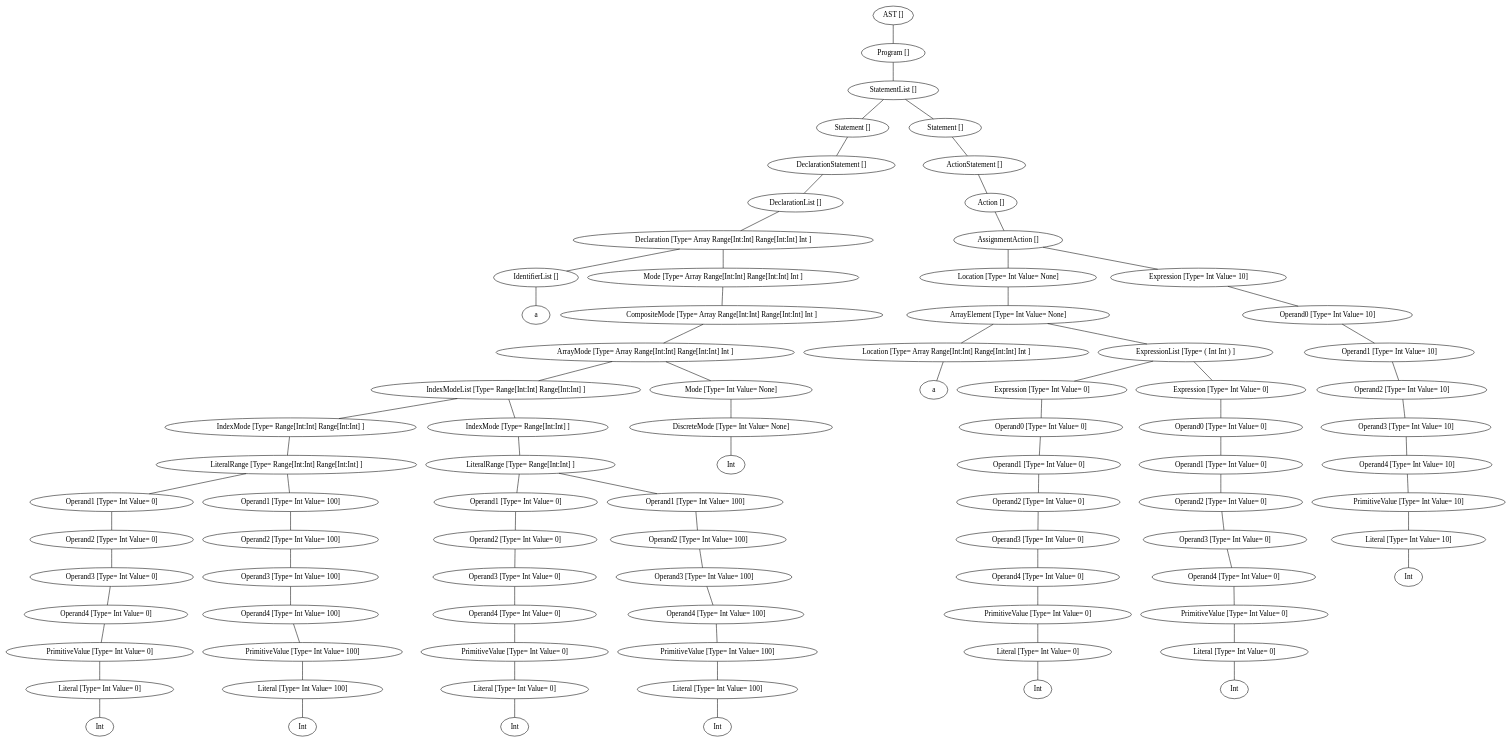
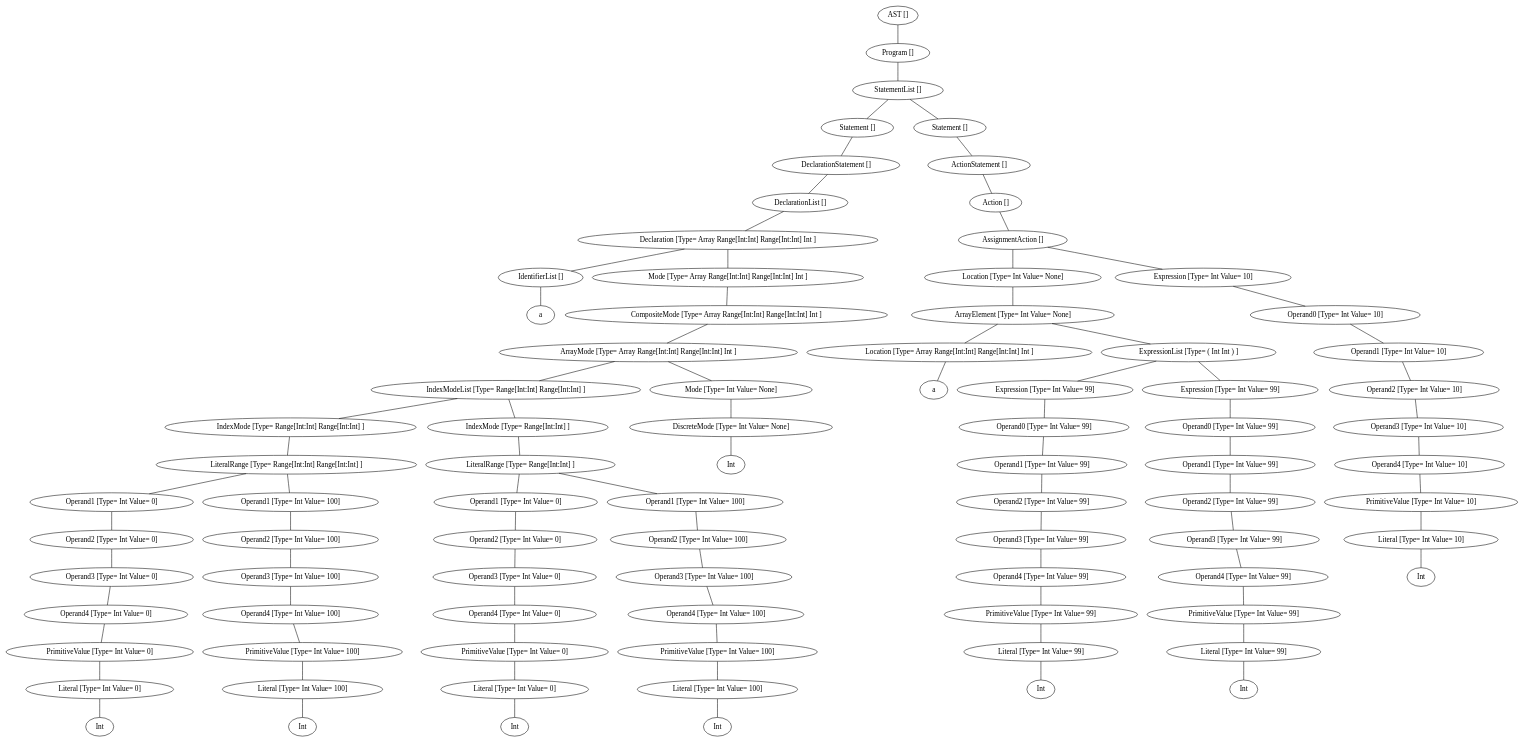
The diagram in Example1.lya.dot (luisfelipehsr/NotACompiler), drawn with Graphviz before and after one commit. The commit also changed 3 other files, not shown here.

```diff
--- a/Example1.lya.dot
+++ b/Example1.lya.dot
@@ -1,242 +1,242 @@
 graph G {
-46275328 [label="AST []"];
-46275160 [label="AST None"];
-46275328 -- 46275160;
-46275160 [label="Program []"];
-50800568 [label="Program None"];
-46275160 -- 50800568;
-50800568 [label="StatementList []"];
-46275216 [label="StatementList None"];
-50800568 -- 46275216;
-46275216 [label="Statement []"];
-46583200 [label="Statement None"];
-46275216 -- 46583200;
-46583200 [label="DeclarationStatement []"];
-46275440 [label="DeclarationStatement None"];
-46583200 -- 46275440;
-46275440 [label="DeclarationList []"];
-46583648 [label="DeclarationList None"];
-46275440 -- 46583648;
-46583648 [label="Declaration [Type= Array Range[Int:Int] Range[Int:Int] Int ]"];
-46274936 [label="Declaration Array Range[Int:Int] Range[Int:Int] Int"];
-46583648 -- 46274936;
-46274936 [label="IdentifierList []"];
-12015573397216320174 [label=a];
-46274936 -- 12015573397216320174;
-46581968 [label="Declaration Array Range[Int:Int] Range[Int:Int] Int"];
-46583648 -- 46581968;
-46581968 [label="Mode [Type= Array Range[Int:Int] Range[Int:Int] Int ]"];
-46275496 [label="Mode Array Range[Int:Int] Range[Int:Int] Int"];
-46581968 -- 46275496;
-46275496 [label="CompositeMode [Type= Array Range[Int:Int] Range[Int:Int] Int ]"];
-50798832 [label="CompositeMode Array Range[Int:Int] Range[Int:Int] Int"];
-46275496 -- 50798832;
-50798832 [label="ArrayMode [Type= Array Range[Int:Int] Range[Int:Int] Int ]"];
-50798888 [label="ArrayMode Array Range[Int:Int] Range[Int:Int] Int"];
-50798832 -- 50798888;
-50798888 [label="IndexModeList [Type= Range[Int:Int] Range[Int:Int] ]"];
-46582416 [label="IndexModeList Range[Int:Int] Range[Int:Int]"];
-50798888 -- 46582416;
-46582416 [label="IndexMode [Type= Range[Int:Int] Range[Int:Int] ]"];
-46582864 [label="IndexMode Range[Int:Int] Range[Int:Int]"];
-46582416 -- 46582864;
-46582864 [label="LiteralRange [Type= Range[Int:Int] Range[Int:Int] ]"];
-46582304 [label="LiteralRange Range[Int:Int] Range[Int:Int]"];
-46582864 -- 46582304;
-46582304 [label="Operand1 [Type= Int Value= 0]"];
-46582248 [label="Operand1 Int"];
-46582304 -- 46582248;
-46582248 [label="Operand2 [Type= Int Value= 0]"];
-46582192 [label="Operand2 Int"];
-46582248 -- 46582192;
-46582192 [label="Operand3 [Type= Int Value= 0]"];
-46581912 [label="Operand3 Int"];
-46582192 -- 46581912;
-46581912 [label="Operand4 [Type= Int Value= 0]"];
-46582024 [label="Operand4 Int"];
-46581912 -- 46582024;
-46582024 [label="PrimitiveValue [Type= Int Value= 0]"];
-46274992 [label="PrimitiveValue Int"];
-46582024 -- 46274992;
-46274992 [label="Literal [Type= Int Value= 0]"];
-9924365393510686584 [label=Int];
-46274992 -- 9924365393510686584;
-46582808 [label="LiteralRange Range[Int:Int] Range[Int:Int]"];
-46582864 -- 46582808;
-46582808 [label="Operand1 [Type= Int Value= 100]"];
-46582752 [label="Operand1 Int"];
-46582808 -- 46582752;
-46582752 [label="Operand2 [Type= Int Value= 100]"];
-46582696 [label="Operand2 Int"];
-46582752 -- 46582696;
-46582696 [label="Operand3 [Type= Int Value= 100]"];
-46582472 [label="Operand3 Int"];
-46582696 -- 46582472;
-46582472 [label="Operand4 [Type= Int Value= 100]"];
-46582528 [label="Operand4 Int"];
-46582472 -- 46582528;
-46582528 [label="PrimitiveValue [Type= Int Value= 100]"];
-46582360 [label="PrimitiveValue Int"];
-46582528 -- 46582360;
-46582360 [label="Literal [Type= Int Value= 100]"];
-12066255784584787013 [label=Int];
-46582360 -- 12066255784584787013;
-46583480 [label="IndexModeList Range[Int:Int] Range[Int:Int]"];
-50798888 -- 46583480;
-46583480 [label="IndexMode [Type= Range[Int:Int] ]"];
-50798776 [label="IndexMode Range[Int:Int]"];
-46583480 -- 50798776;
-50798776 [label="LiteralRange [Type= Range[Int:Int] ]"];
-46583368 [label="LiteralRange Range[Int:Int]"];
-50798776 -- 46583368;
-46583368 [label="Operand1 [Type= Int Value= 0]"];
-46583312 [label="Operand1 Int"];
-46583368 -- 46583312;
-46583312 [label="Operand2 [Type= Int Value= 0]"];
-46583256 [label="Operand2 Int"];
-46583312 -- 46583256;
-46583256 [label="Operand3 [Type= Int Value= 0]"];
-46582920 [label="Operand3 Int"];
-46583256 -- 46582920;
-46582920 [label="Operand4 [Type= Int Value= 0]"];
-46583088 [label="Operand4 Int"];
-46582920 -- 46583088;
-46583088 [label="PrimitiveValue [Type= Int Value= 0]"];
-46583032 [label="PrimitiveValue Int"];
-46583088 -- 46583032;
-46583032 [label="Literal [Type= Int Value= 0]"];
-12252952140740680056 [label=Int];
-46583032 -- 12252952140740680056;
-50798720 [label="LiteralRange Range[Int:Int]"];
-50798776 -- 50798720;
-50798720 [label="Operand1 [Type= Int Value= 100]"];
-50798664 [label="Operand1 Int"];
-50798720 -- 50798664;
-50798664 [label="Operand2 [Type= Int Value= 100]"];
-46583760 [label="Operand2 Int"];
-50798664 -- 46583760;
-46583760 [label="Operand3 [Type= Int Value= 100]"];
-46583536 [label="Operand3 Int"];
-46583760 -- 46583536;
-46583536 [label="Operand4 [Type= Int Value= 100]"];
-46583592 [label="Operand4 Int"];
-46583536 -- 46583592;
-46583592 [label="PrimitiveValue [Type= Int Value= 100]"];
-46583424 [label="PrimitiveValue Int"];
-46583592 -- 46583424;
-46583424 [label="Literal [Type= Int Value= 100]"];
-11785207564678429778 [label=Int];
-46583424 -- 11785207564678429778;
-46582584 [label="ArrayMode Array Range[Int:Int] Range[Int:Int] Int"];
-50798832 -- 46582584;
-46582584 [label="Mode [Type= Int Value= None]"];
-46582136 [label="Mode Int"];
-46582584 -- 46582136;
-46582136 [label="DiscreteMode [Type= Int Value= None]"];
-11940944131671853018 [label=Int];
-46582136 -- 11940944131671853018;
-50801016 [label="StatementList None"];
-50800568 -- 50801016;
-50801016 [label="Statement []"];
-50800960 [label="Statement None"];
-50801016 -- 50800960;
-50800960 [label="ActionStatement []"];
-50799672 [label="ActionStatement None"];
-50800960 -- 50799672;
-50799672 [label="Action []"];
-50800848 [label="Action None"];
-50799672 -- 50800848;
-50800848 [label="AssignmentAction []"];
-46582976 [label="AssignmentAction None"];
-50800848 -- 46582976;
-46582976 [label="Location [Type= Int Value= None]"];
-50799784 [label="Location Int"];
-46582976 -- 50799784;
-50799784 [label="ArrayElement [Type= Int Value= None]"];
-50798944 [label="ArrayElement Int"];
-50799784 -- 50798944;
-50798944 [label="Location [Type= Array Range[Int:Int] Range[Int:Int] Int ]"];
-9641236063755932198 [label=a];
-50798944 -- 9641236063755932198;
-50800344 [label="ArrayElement Int"];
-50799784 -- 50800344;
-50800344 [label="ExpressionList [Type= ( Int Int ) ]"];
-50799616 [label="ExpressionList ( Int Int )"];
-50800344 -- 50799616;
-50799616 [label="Expression [Type= Int Value= 0]"];
-50799560 [label="Expression Int"];
-50799616 -- 50799560;
-50799560 [label="Operand0 [Type= Int Value= 0]"];
-50799504 [label="Operand0 Int"];
-50799560 -- 50799504;
-50799504 [label="Operand1 [Type= Int Value= 0]"];
-50799448 [label="Operand1 Int"];
-50799504 -- 50799448;
-50799448 [label="Operand2 [Type= Int Value= 0]"];
-50799392 [label="Operand2 Int"];
-50799448 -- 50799392;
-50799392 [label="Operand3 [Type= Int Value= 0]"];
-50799168 [label="Operand3 Int"];
-50799392 -- 50799168;
-50799168 [label="Operand4 [Type= Int Value= 0]"];
-50799224 [label="Operand4 Int"];
-50799168 -- 50799224;
-50799224 [label="PrimitiveValue [Type= Int Value= 0]"];
-50799000 [label="PrimitiveValue Int"];
-50799224 -- 50799000;
-50799000 [label="Literal [Type= Int Value= 0]"];
-11486666977109084263 [label=Int];
-50799000 -- 11486666977109084263;
-50800288 [label="ExpressionList ( Int Int )"];
-50800344 -- 50800288;
-50800288 [label="Expression [Type= Int Value= 0]"];
-50800232 [label="Expression Int"];
-50800288 -- 50800232;
-50800232 [label="Operand0 [Type= Int Value= 0]"];
-50800176 [label="Operand0 Int"];
-50800232 -- 50800176;
-50800176 [label="Operand1 [Type= Int Value= 0]"];
-50800120 [label="Operand1 Int"];
-50800176 -- 50800120;
-50800120 [label="Operand2 [Type= Int Value= 0]"];
-50800064 [label="Operand2 Int"];
-50800120 -- 50800064;
-50800064 [label="Operand3 [Type= Int Value= 0]"];
-50799840 [label="Operand3 Int"];
-50800064 -- 50799840;
-50799840 [label="Operand4 [Type= Int Value= 0]"];
-50799896 [label="Operand4 Int"];
-50799840 -- 50799896;
-50799896 [label="PrimitiveValue [Type= Int Value= 0]"];
-50799728 [label="PrimitiveValue Int"];
-50799896 -- 50799728;
-50799728 [label="Literal [Type= Int Value= 0]"];
-13466928624671260917 [label=Int];
-50799728 -- 13466928624671260917;
-50800792 [label="AssignmentAction None"];
-50800848 -- 50800792;
-50800792 [label="Expression [Type= Int Value= 10]"];
-50800736 [label="Expression Int"];
-50800792 -- 50800736;
-50800736 [label="Operand0 [Type= Int Value= 10]"];
-50800680 [label="Operand0 Int"];
-50800736 -- 50800680;
-50800680 [label="Operand1 [Type= Int Value= 10]"];
-50800624 [label="Operand1 Int"];
-50800680 -- 50800624;
-50800624 [label="Operand2 [Type= Int Value= 10]"];
-50800400 [label="Operand2 Int"];
-50800624 -- 50800400;
-50800400 [label="Operand3 [Type= Int Value= 10]"];
-50799056 [label="Operand3 Int"];
-50800400 -- 50799056;
-50799056 [label="Operand4 [Type= Int Value= 10]"];
-50800456 [label="Operand4 Int"];
-50799056 -- 50800456;
-50800456 [label="PrimitiveValue [Type= Int Value= 10]"];
-50800512 [label="PrimitiveValue Int"];
-50800456 -- 50800512;
-50800512 [label="Literal [Type= Int Value= 10]"];
-12231670688005315269 [label=Int];
-50800512 -- 12231670688005315269;
+46143080 [label="AST []"];
+46142856 [label="AST None"];
+46143080 -- 46142856;
+46142856 [label="Program []"];
+46478224 [label="Program None"];
+46142856 -- 46478224;
+46478224 [label="StatementList []"];
+46142800 [label="StatementList None"];
+46478224 -- 46142800;
+46142800 [label="Statement []"];
+46445736 [label="Statement None"];
+46142800 -- 46445736;
+46445736 [label="DeclarationStatement []"];
+46143360 [label="DeclarationStatement None"];
+46445736 -- 46143360;
+46143360 [label="DeclarationList []"];
+46447864 [label="DeclarationList None"];
+46143360 -- 46447864;
+46447864 [label="Declaration [Type= Array Range[Int:Int] Range[Int:Int] Int ]"];
+46143416 [label="Declaration Array Range[Int:Int] Range[Int:Int] Int"];
+46447864 -- 46143416;
+46143416 [label="IdentifierList []"];
+9336598757706424222 [label=a];
+46143416 -- 9336598757706424222;
+46446352 [label="Declaration Array Range[Int:Int] Range[Int:Int] Int"];
+46447864 -- 46446352;
+46446352 [label="Mode [Type= Array Range[Int:Int] Range[Int:Int] Int ]"];
+46143024 [label="Mode Array Range[Int:Int] Range[Int:Int] Int"];
+46446352 -- 46143024;
+46143024 [label="CompositeMode [Type= Array Range[Int:Int] Range[Int:Int] Int ]"];
+46447752 [label="CompositeMode Array Range[Int:Int] Range[Int:Int] Int"];
+46143024 -- 46447752;
+46447752 [label="ArrayMode [Type= Array Range[Int:Int] Range[Int:Int] Int ]"];
+46447808 [label="ArrayMode Array Range[Int:Int] Range[Int:Int] Int"];
+46447752 -- 46447808;
+46447808 [label="IndexModeList [Type= Range[Int:Int] Range[Int:Int] ]"];
+46446184 [label="IndexModeList Range[Int:Int] Range[Int:Int]"];
+46447808 -- 46446184;
+46446184 [label="IndexMode [Type= Range[Int:Int] Range[Int:Int] ]"];
+46446632 [label="IndexMode Range[Int:Int] Range[Int:Int]"];
+46446184 -- 46446632;
+46446632 [label="LiteralRange [Type= Range[Int:Int] Range[Int:Int] ]"];
+46446072 [label="LiteralRange Range[Int:Int] Range[Int:Int]"];
+46446632 -- 46446072;
+46446072 [label="Operand1 [Type= Int Value= 0]"];
+46446016 [label="Operand1 Int"];
+46446072 -- 46446016;
+46446016 [label="Operand2 [Type= Int Value= 0]"];
+46445960 [label="Operand2 Int"];
+46446016 -- 46445960;
+46445960 [label="Operand3 [Type= Int Value= 0]"];
+46445680 [label="Operand3 Int"];
+46445960 -- 46445680;
+46445680 [label="Operand4 [Type= Int Value= 0]"];
+46445792 [label="Operand4 Int"];
+46445680 -- 46445792;
+46445792 [label="PrimitiveValue [Type= Int Value= 0]"];
+46143528 [label="PrimitiveValue Int"];
+46445792 -- 46143528;
+46143528 [label="Literal [Type= Int Value= 0]"];
+11122612322602430065 [label=Int];
+46143528 -- 11122612322602430065;
+46446576 [label="LiteralRange Range[Int:Int] Range[Int:Int]"];
+46446632 -- 46446576;
+46446576 [label="Operand1 [Type= Int Value= 100]"];
+46446520 [label="Operand1 Int"];
+46446576 -- 46446520;
+46446520 [label="Operand2 [Type= Int Value= 100]"];
+46446464 [label="Operand2 Int"];
+46446520 -- 46446464;
+46446464 [label="Operand3 [Type= Int Value= 100]"];
+46446240 [label="Operand3 Int"];
+46446464 -- 46446240;
+46446240 [label="Operand4 [Type= Int Value= 100]"];
+46446296 [label="Operand4 Int"];
+46446240 -- 46446296;
+46446296 [label="PrimitiveValue [Type= Int Value= 100]"];
+46446128 [label="PrimitiveValue Int"];
+46446296 -- 46446128;
+46446128 [label="Literal [Type= Int Value= 100]"];
+12013614695453908824 [label=Int];
+46446128 -- 12013614695453908824;
+46447248 [label="IndexModeList Range[Int:Int] Range[Int:Int]"];
+46447808 -- 46447248;
+46447248 [label="IndexMode [Type= Range[Int:Int] ]"];
+46447696 [label="IndexMode Range[Int:Int]"];
+46447248 -- 46447696;
+46447696 [label="LiteralRange [Type= Range[Int:Int] ]"];
+46447136 [label="LiteralRange Range[Int:Int]"];
+46447696 -- 46447136;
+46447136 [label="Operand1 [Type= Int Value= 0]"];
+46447080 [label="Operand1 Int"];
+46447136 -- 46447080;
+46447080 [label="Operand2 [Type= Int Value= 0]"];
+46447024 [label="Operand2 Int"];
+46447080 -- 46447024;
+46447024 [label="Operand3 [Type= Int Value= 0]"];
+46446688 [label="Operand3 Int"];
+46447024 -- 46446688;
+46446688 [label="Operand4 [Type= Int Value= 0]"];
+46446856 [label="Operand4 Int"];
+46446688 -- 46446856;
+46446856 [label="PrimitiveValue [Type= Int Value= 0]"];
+46446800 [label="PrimitiveValue Int"];
+46446856 -- 46446800;
+46446800 [label="Literal [Type= Int Value= 0]"];
+10534027033797457135 [label=Int];
+46446800 -- 10534027033797457135;
+46447640 [label="LiteralRange Range[Int:Int]"];
+46447696 -- 46447640;
+46447640 [label="Operand1 [Type= Int Value= 100]"];
+46447584 [label="Operand1 Int"];
+46447640 -- 46447584;
+46447584 [label="Operand2 [Type= Int Value= 100]"];
+46447528 [label="Operand2 Int"];
+46447584 -- 46447528;
+46447528 [label="Operand3 [Type= Int Value= 100]"];
+46447304 [label="Operand3 Int"];
+46447528 -- 46447304;
+46447304 [label="Operand4 [Type= Int Value= 100]"];
+46447360 [label="Operand4 Int"];
+46447304 -- 46447360;
+46447360 [label="PrimitiveValue [Type= Int Value= 100]"];
+46447192 [label="PrimitiveValue Int"];
+46447360 -- 46447192;
+46447192 [label="Literal [Type= Int Value= 100]"];
+9450556265665325002 [label=Int];
+46447192 -- 9450556265665325002;
+46447920 [label="ArrayMode Array Range[Int:Int] Range[Int:Int] Int"];
+46447752 -- 46447920;
+46447920 [label="Mode [Type= Int Value= None]"];
+46445904 [label="Mode Int"];
+46447920 -- 46445904;
+46445904 [label="DiscreteMode [Type= Int Value= None]"];
+13232333300851616550 [label=Int];
+46445904 -- 13232333300851616550;
+46478672 [label="StatementList None"];
+46478224 -- 46478672;
+46478672 [label="Statement []"];
+46478616 [label="Statement None"];
+46478672 -- 46478616;
+46478616 [label="ActionStatement []"];
+46448200 [label="ActionStatement None"];
+46478616 -- 46448200;
+46448200 [label="Action []"];
+46478504 [label="Action None"];
+46448200 -- 46478504;
+46478504 [label="AssignmentAction []"];
+46446968 [label="AssignmentAction None"];
+46478504 -- 46446968;
+46446968 [label="Location [Type= Int Value= None]"];
+46448592 [label="Location Int"];
+46446968 -- 46448592;
+46448592 [label="ArrayElement [Type= Int Value= None]"];
+46447416 [label="ArrayElement Int"];
+46448592 -- 46447416;
+46447416 [label="Location [Type= Array Range[Int:Int] Range[Int:Int] Int ]"];
+12523024719402030714 [label=a];
+46447416 -- 12523024719402030714;
+46478000 [label="ArrayElement Int"];
+46448592 -- 46478000;
+46478000 [label="ExpressionList [Type= ( Int Int ) ]"];
+46448536 [label="ExpressionList ( Int Int )"];
+46478000 -- 46448536;
+46448536 [label="Expression [Type= Int Value= 99]"];
+46448480 [label="Expression Int"];
+46448536 -- 46448480;
+46448480 [label="Operand0 [Type= Int Value= 99]"];
+46448424 [label="Operand0 Int"];
+46448480 -- 46448424;
+46448424 [label="Operand1 [Type= Int Value= 99]"];
+46448368 [label="Operand1 Int"];
+46448424 -- 46448368;
+46448368 [label="Operand2 [Type= Int Value= 99]"];
+46448312 [label="Operand2 Int"];
+46448368 -- 46448312;
+46448312 [label="Operand3 [Type= Int Value= 99]"];
+46448088 [label="Operand3 Int"];
+46448312 -- 46448088;
+46448088 [label="Operand4 [Type= Int Value= 99]"];
+46448144 [label="Operand4 Int"];
+46448088 -- 46448144;
+46448144 [label="PrimitiveValue [Type= Int Value= 99]"];
+46446744 [label="PrimitiveValue Int"];
+46448144 -- 46446744;
+46446744 [label="Literal [Type= Int Value= 99]"];
+13576068604198964519 [label=Int];
+46446744 -- 13576068604198964519;
+46477944 [label="ExpressionList ( Int Int )"];
+46478000 -- 46477944;
+46477944 [label="Expression [Type= Int Value= 99]"];
+46477888 [label="Expression Int"];
+46477944 -- 46477888;
+46477888 [label="Operand0 [Type= Int Value= 99]"];
+46477832 [label="Operand0 Int"];
+46477888 -- 46477832;
+46477832 [label="Operand1 [Type= Int Value= 99]"];
+46477776 [label="Operand1 Int"];
+46477832 -- 46477776;
+46477776 [label="Operand2 [Type= Int Value= 99]"];
+46477720 [label="Operand2 Int"];
+46477776 -- 46477720;
+46477720 [label="Operand3 [Type= Int Value= 99]"];
+46477496 [label="Operand3 Int"];
+46477720 -- 46477496;
+46477496 [label="Operand4 [Type= Int Value= 99]"];
+46477552 [label="Operand4 Int"];
+46477496 -- 46477552;
+46477552 [label="PrimitiveValue [Type= Int Value= 99]"];
+46477384 [label="PrimitiveValue Int"];
+46477552 -- 46477384;
+46477384 [label="Literal [Type= Int Value= 99]"];
+13461848885135475762 [label=Int];
+46477384 -- 13461848885135475762;
+46478448 [label="AssignmentAction None"];
+46478504 -- 46478448;
+46478448 [label="Expression [Type= Int Value= 10]"];
+46478392 [label="Expression Int"];
+46478448 -- 46478392;
+46478392 [label="Operand0 [Type= Int Value= 10]"];
+46478336 [label="Operand0 Int"];
+46478392 -- 46478336;
+46478336 [label="Operand1 [Type= Int Value= 10]"];
+46478280 [label="Operand1 Int"];
+46478336 -- 46478280;
+46478280 [label="Operand2 [Type= Int Value= 10]"];
+46478056 [label="Operand2 Int"];
+46478280 -- 46478056;
+46478056 [label="Operand3 [Type= Int Value= 10]"];
+46447976 [label="Operand3 Int"];
+46478056 -- 46447976;
+46447976 [label="Operand4 [Type= Int Value= 10]"];
+46478112 [label="Operand4 Int"];
+46447976 -- 46478112;
+46478112 [label="PrimitiveValue [Type= Int Value= 10]"];
+46478168 [label="PrimitiveValue Int"];
+46478112 -- 46478168;
+46478168 [label="Literal [Type= Int Value= 10]"];
+13471405752543031862 [label=Int];
+46478168 -- 13471405752543031862;
 }
```
